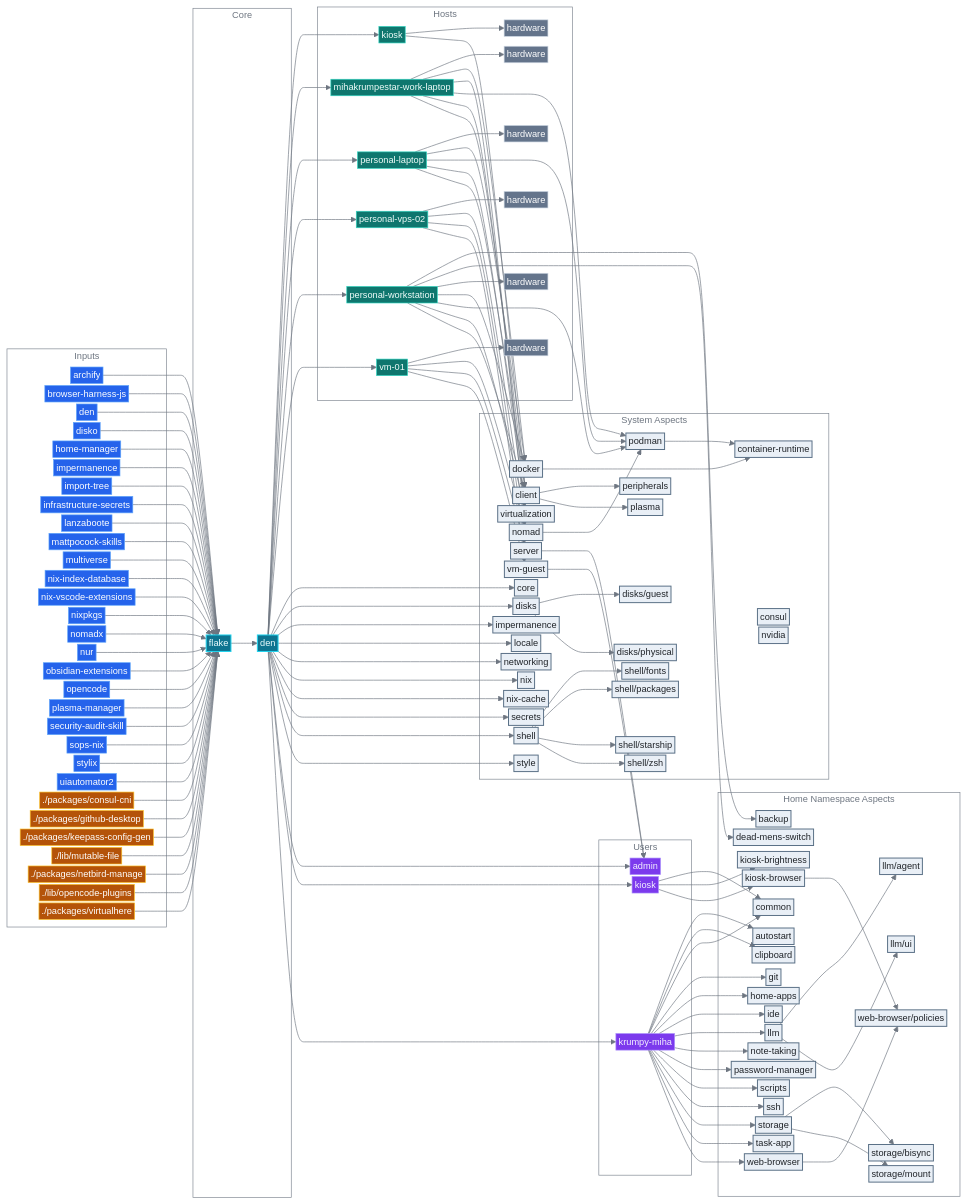
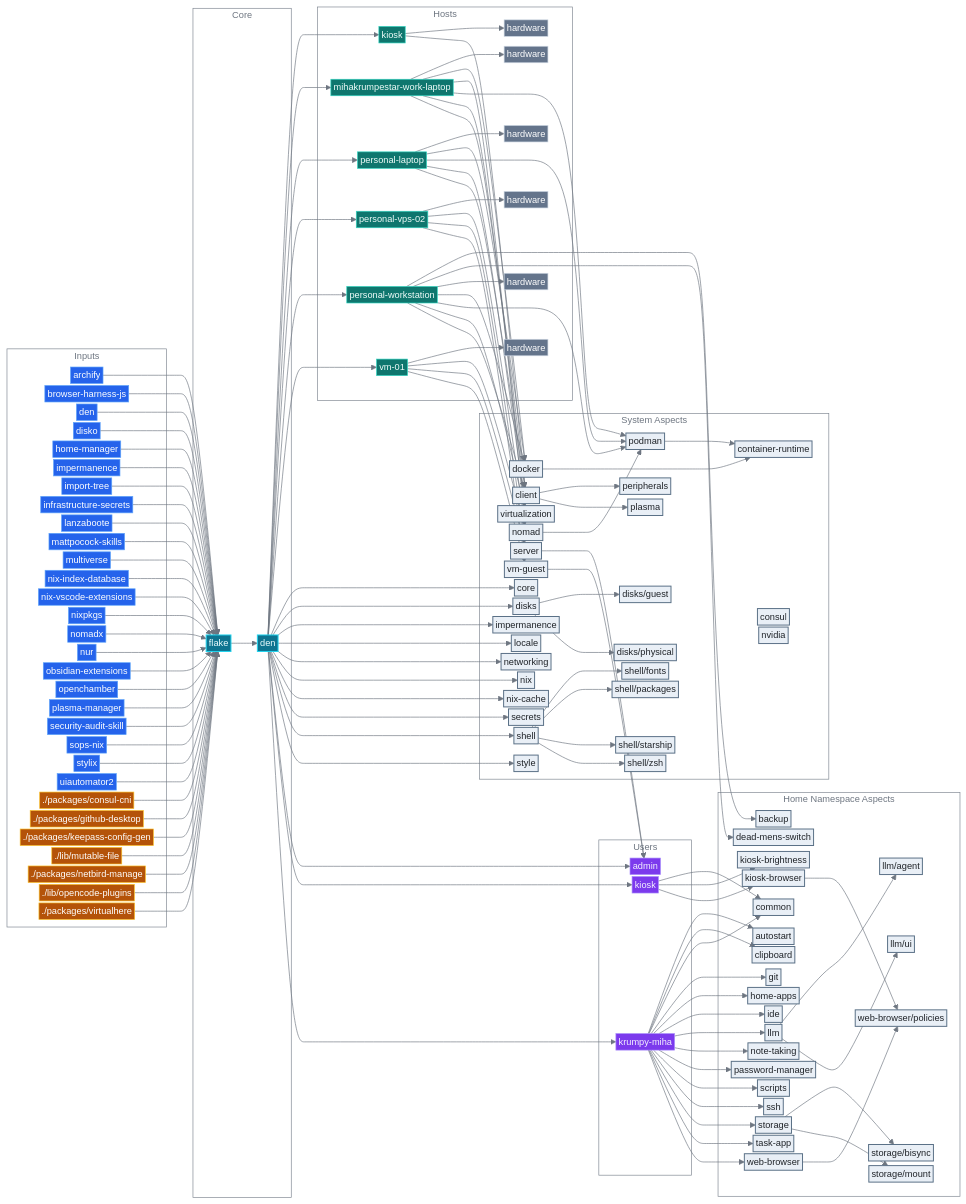
One commit to mihakrumpestar/infrastructure changed the diagram in README.md. Above: the diagram before and after it, drawn with Mermaid. The commit also changed other lines of this file and 7 other files, not shown here.

```diff
--- a/README.md
+++ b/README.md
@@ -148,7 +148,7 @@
         input_nomadx["nomadx"]:::input
         input_nur["nur"]:::input
         input_obsidian_extensions["obsidian-extensions"]:::input
-        input_opencode["opencode"]:::input
+        input_openchamber["openchamber"]:::input
         input_plasma_manager["plasma-manager"]:::input
         input_security_audit_skill["security-audit-skill"]:::input
         input_sops_nix["sops-nix"]:::input
@@ -318,7 +318,7 @@
     input_nomadx --> flake
     input_nur --> flake
     input_obsidian_extensions --> flake
-    input_opencode --> flake
+    input_openchamber --> flake
     input_plasma_manager --> flake
     input_security_audit_skill --> flake
     input_sops_nix --> flake
```
